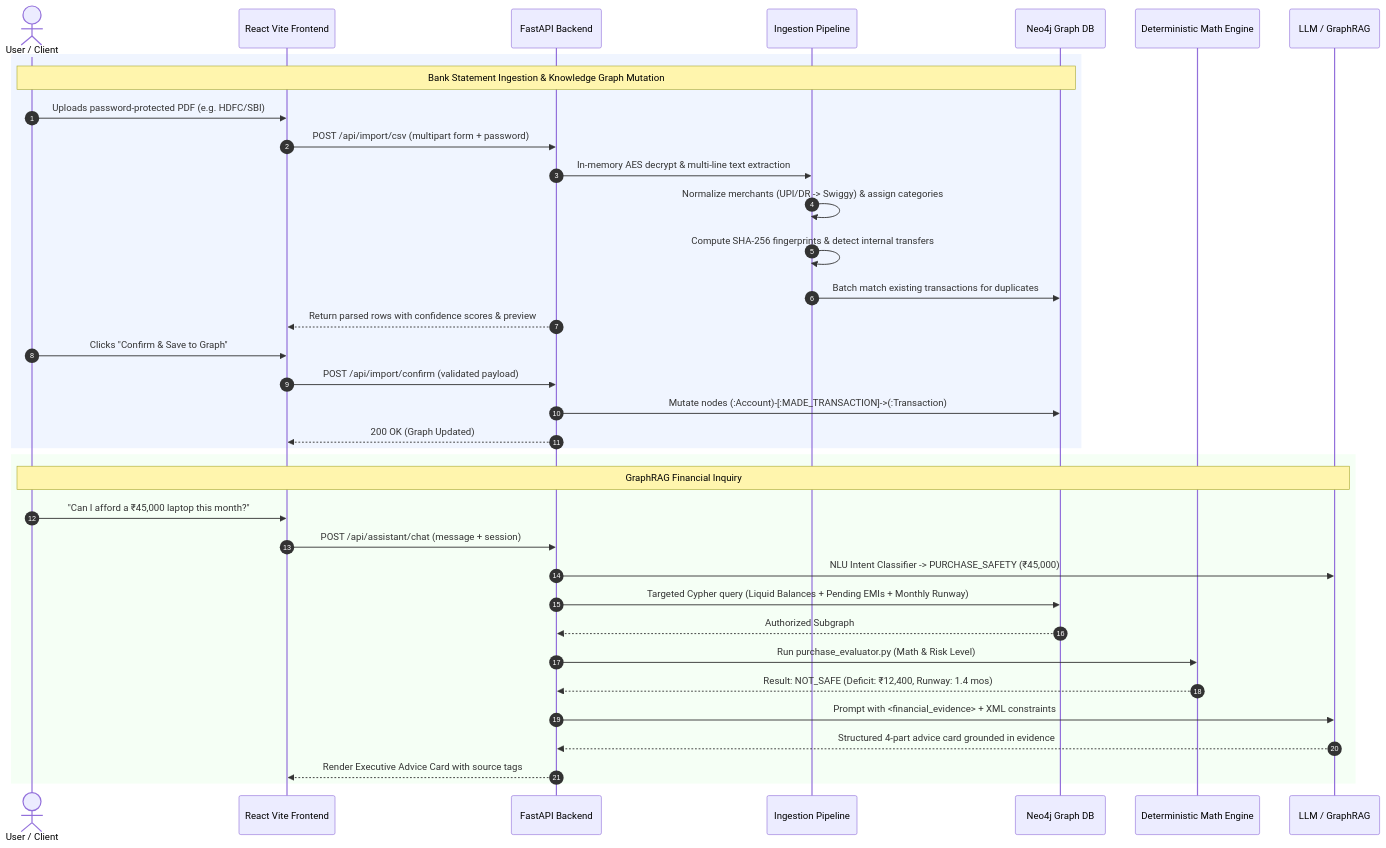
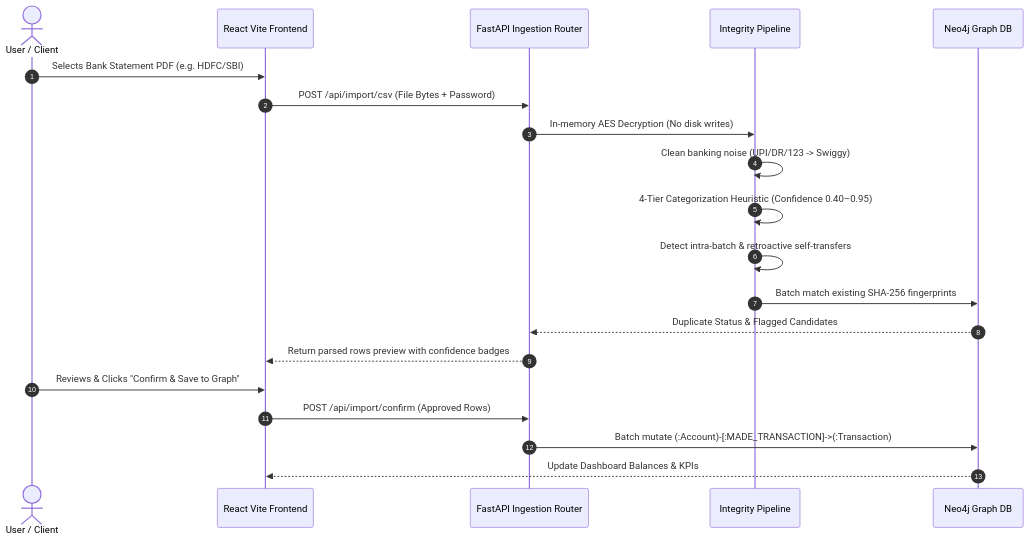
Before and after one commit to HariomGupta0/Personal_Finance_AI_v1: the second of 3 diagrams in README.md, drawn with Mermaid. The commit also changed other lines of this file, not shown here.

Commit message:
docs: streamline architecture flowchart, separate operational sequence diagrams, and add demo video showcase window

````diff
--- a/README.md
+++ b/README.md
@@ -125,40 +170,23 @@
 ```mermaid
 sequenceDiagram
     autonumber
     actor User as User / Client
     participant UI as React Vite Frontend
-    participant API as FastAPI Backend
-    participant Pipe as Ingestion Pipeline
+    participant API as FastAPI Ingestion Router
+    participant Pipe as Integrity Pipeline
     participant DB as Neo4j Graph DB
-    participant Engine as Deterministic Math Engine
-    participant LLM as LLM / GraphRAG
 
-    rect rgb(240, 245, 255)
-    Note over User, DB: Bank Statement Ingestion & Knowledge Graph Mutation
-    User->>UI: Uploads password-protected PDF (e.g. HDFC/SBI)
-    UI->>API: POST /api/import/csv (multipart form + password)
-    API->>Pipe: In-memory AES decrypt & multi-line text extraction
-    Pipe->>Pipe: Normalize merchants (UPI/DR -> Swiggy) & assign categories
-    Pipe->>Pipe: Compute SHA-256 fingerprints & detect internal transfers
-    Pipe->>DB: Batch match existing transactions for duplicates
-    API-->>UI: Return parsed rows with confidence scores & preview
-    User->>UI: Clicks "Confirm & Save to Graph"
-    UI->>API: POST /api/import/confirm (validated payload)
-    API->>DB: Mutate nodes (:Account)-[:MADE_TRANSACTION]->(:Transaction)
-    API-->>UI: 200 OK (Graph Updated)
-    end
-
-    rect rgb(245, 255, 245)
-    Note over User, LLM: GraphRAG Financial Inquiry
-    User->>UI: "Can I afford a ₹45,000 laptop this month?"
-    UI->>API: POST /api/assistant/chat (message + session)
-    API->>LLM: NLU Intent Classifier -> PURCHASE_SAFETY (₹45,000)
-    API->>DB: Targeted Cypher query (Liquid Balances + Pending EMIs + Monthly Runway)
-    DB-->>API: Authorized Subgraph
-    API->>Engine: Run purchase_evaluator.py (Math & Risk Level)
-    Engine-->>API: Result: NOT_SAFE (Deficit: ₹12,400, Runway: 1.4 mos)
-    API->>LLM: Prompt with <financial_evidence> + XML constraints
-    LLM-->>API: Structured 4-part advice card grounded in evidence
-    API-->>UI: Render Executive Advice Card with source tags
-    end
+    User->>UI: Selects Bank Statement PDF (e.g. HDFC/SBI)
+    UI->>API: POST /api/import/csv (File Bytes + Password)
+    API->>Pipe: In-memory AES Decryption (No disk writes)
+    Pipe->>Pipe: Clean banking noise (UPI/DR/123 -> Swiggy)
+    Pipe->>Pipe: 4-Tier Categorization Heuristic (Confidence 0.40–0.95)
+    Pipe->>Pipe: Detect intra-batch & retroactive self-transfers
+    Pipe->>DB: Batch match existing SHA-256 fingerprints
+    DB-->>API: Duplicate Status & Flagged Candidates
+    API-->>UI: Return parsed rows preview with confidence badges
+    User->>UI: Reviews & Clicks "Confirm & Save to Graph"
+    UI->>API: POST /api/import/confirm (Approved Rows)
+    API->>DB: Batch mutate (:Account)-[:MADE_TRANSACTION]->(:Transaction)
+    DB-->>UI: Update Dashboard Balances & KPIs
 ```
````
